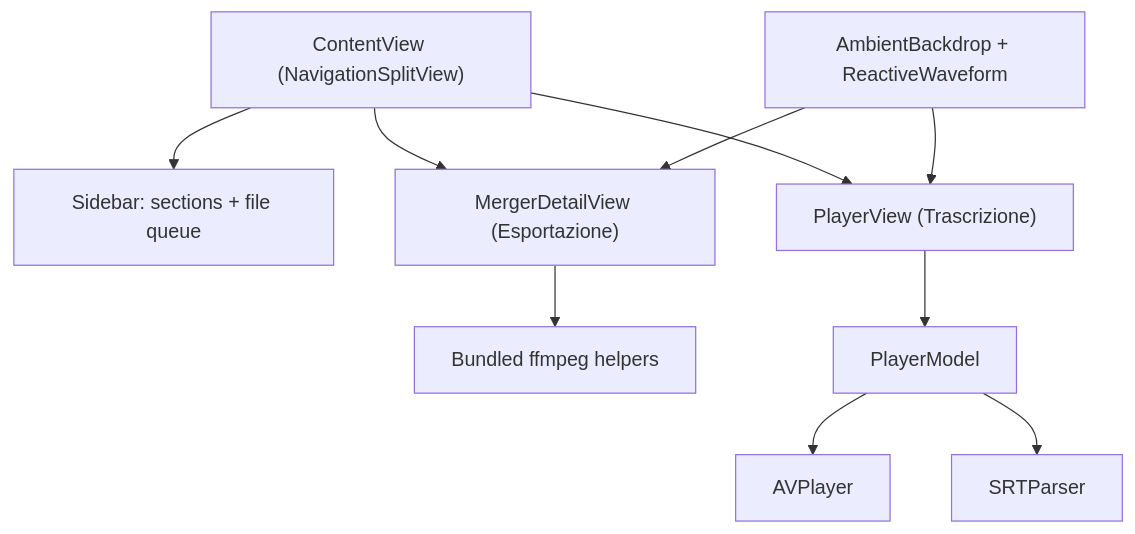
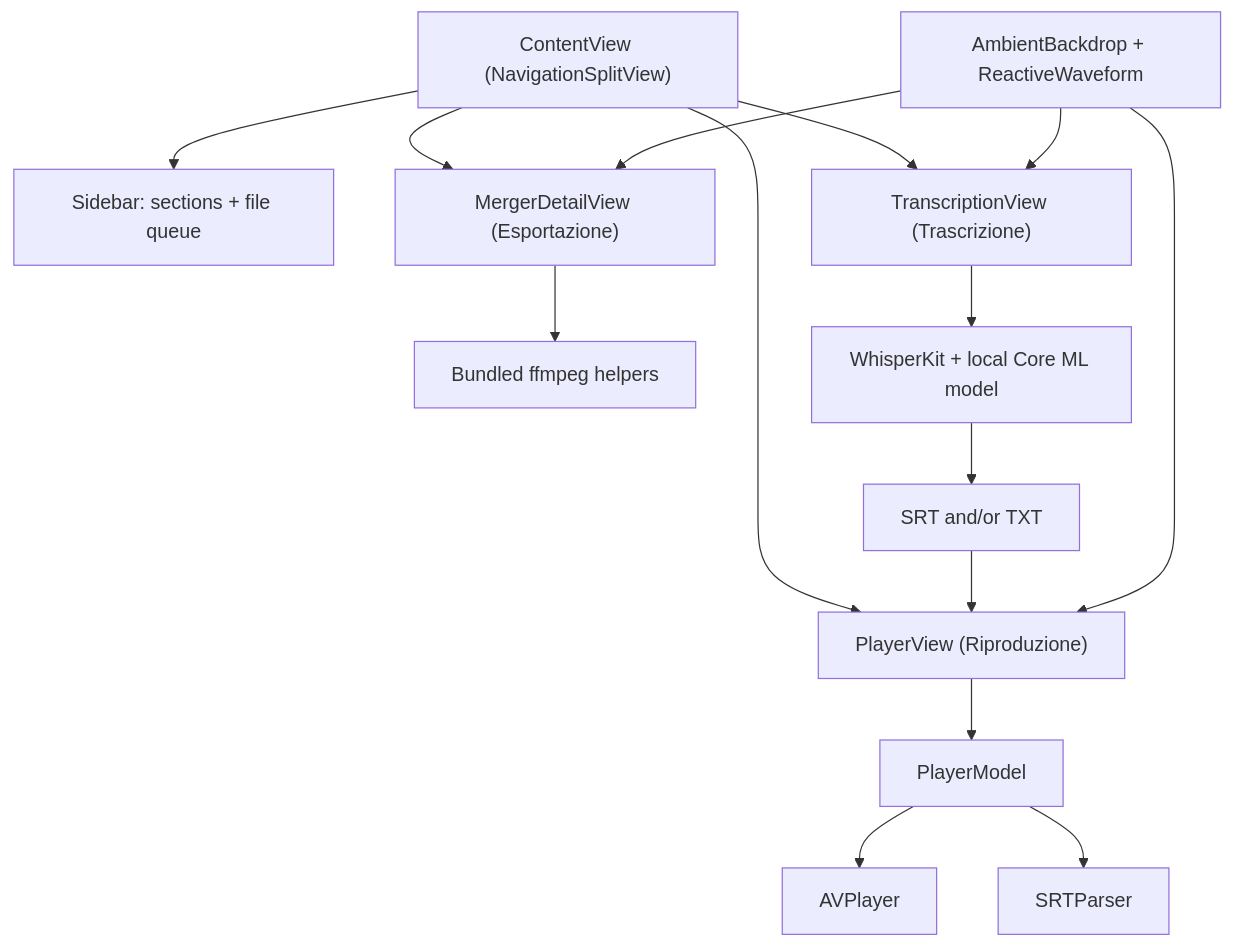
The first of 2 diagrams in README.md (CometaSensitiva/AudioPro), drawn with Mermaid before and after one commit. The commit also changed other lines of this file and 38 other files, not shown here.

Commit message:
feat(transcription): add the local transcription workflow

````diff
--- a/README.md
+++ b/README.md
@@ -54,12 +57,17 @@
 ```mermaid
 flowchart TD
     CV["ContentView (NavigationSplitView)"] --> Sidebar["Sidebar: sections + file queue"]
     CV --> Merger["MergerDetailView (Esportazione)"]
-    CV --> Player["PlayerView (Trascrizione)"]
+    CV --> Transcription["TranscriptionView (Trascrizione)"]
+    CV --> Player["PlayerView (Riproduzione)"]
     Merger --> FFmpeg["Bundled ffmpeg helpers"]
+    Transcription --> Whisper["WhisperKit + local Core ML model"]
+    Whisper --> Outputs["SRT and/or TXT"]
+    Outputs --> Player
     Player --> PM["PlayerModel"]
     PM --> AVPlayer["AVPlayer"]
     PM --> SRT["SRTParser"]
     Backdrop["AmbientBackdrop + ReactiveWaveform"] --> Merger
+    Backdrop --> Transcription
     Backdrop --> Player
 ```
````
